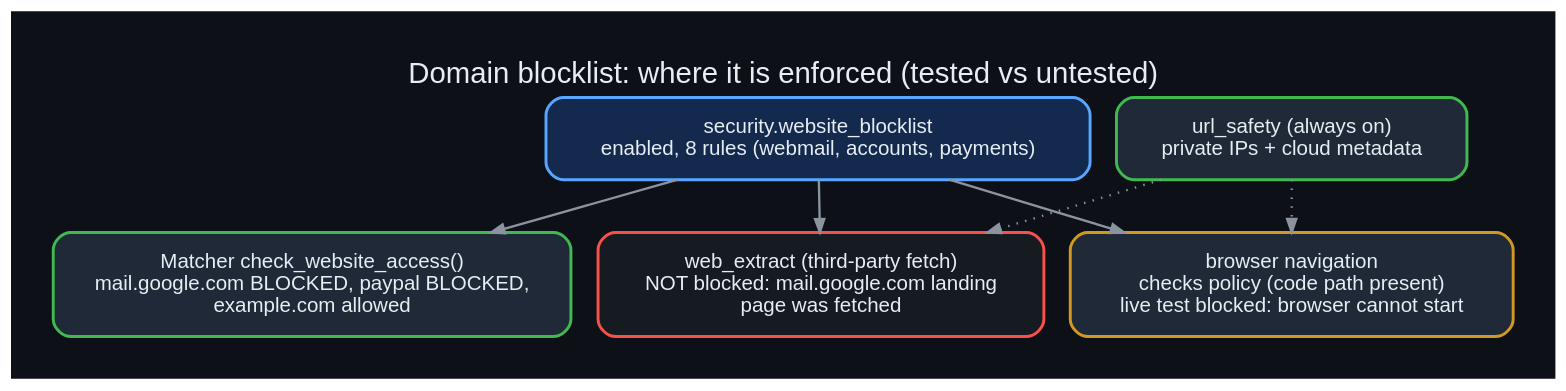
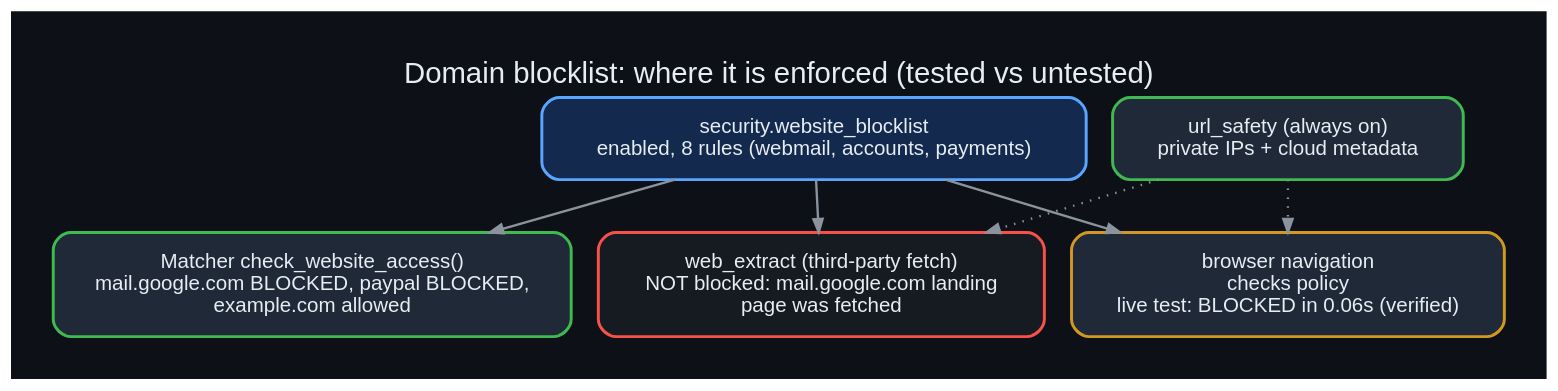
One commit to danindiana/hermes-web-search-ddgs changed the diagram in diagrams/28_blocklist_coverage.dot. Above: the diagram before and after it, drawn with Graphviz. The commit also changed 38 other files, not shown here.

Commit message:
Browser working via sandboxed desktop image (Dockerfile.desktop); diagrams 35-38; update verification

```diff
--- a/diagrams/28_blocklist_coverage.dot
+++ b/diagrams/28_blocklist_coverage.dot
@@ -1,13 +1,13 @@
 digraph g {
 graph [bgcolor="#0d1117", rankdir=LR, fontname="Helvetica", fontcolor="#e6edf3", labelloc="t", fontsize=20, pad=0.4];
 node  [fontname="Helvetica", fontcolor="#e6edf3", color="#30363d", style="filled,rounded", shape=box, penwidth=2, margin="0.25,0.18", fillcolor="#161b22"];
 edge  [color="#8b949e", fontname="Helvetica", fontcolor="#adbac7", penwidth=1.6, arrowsize=0.9];
 label="Domain blocklist: where it is enforced (tested vs untested)";
 rankdir=TB;
 cfg [label="security.website_blocklist\nenabled, 8 rules (webmail, accounts, payments)", color="#58a6ff", fillcolor="#13294d"];
 m [label="Matcher check_website_access()\nmail.google.com BLOCKED, paypal BLOCKED,\nexample.com allowed", color="#3fb950", fillcolor="#1f2937"];
-bn [label="browser navigation\nchecks policy (code path present)\nlive test blocked: browser cannot start", color="#d29922", fillcolor="#1f2937"];
+bn [label="browser navigation\nchecks policy\nlive test: BLOCKED in 0.06s (verified)", color="#d29922", fillcolor="#1f2937"];
 we [label="web_extract (third-party fetch)\nNOT blocked: mail.google.com landing\npage was fetched", color="#f85149"];
 us [label="url_safety (always on)\nprivate IPs + cloud metadata", color="#3fb950", fillcolor="#1f2937"];
 cfg->m; cfg->bn; cfg->we; us->bn [style=dotted]; us->we [style=dotted];
 }
```
